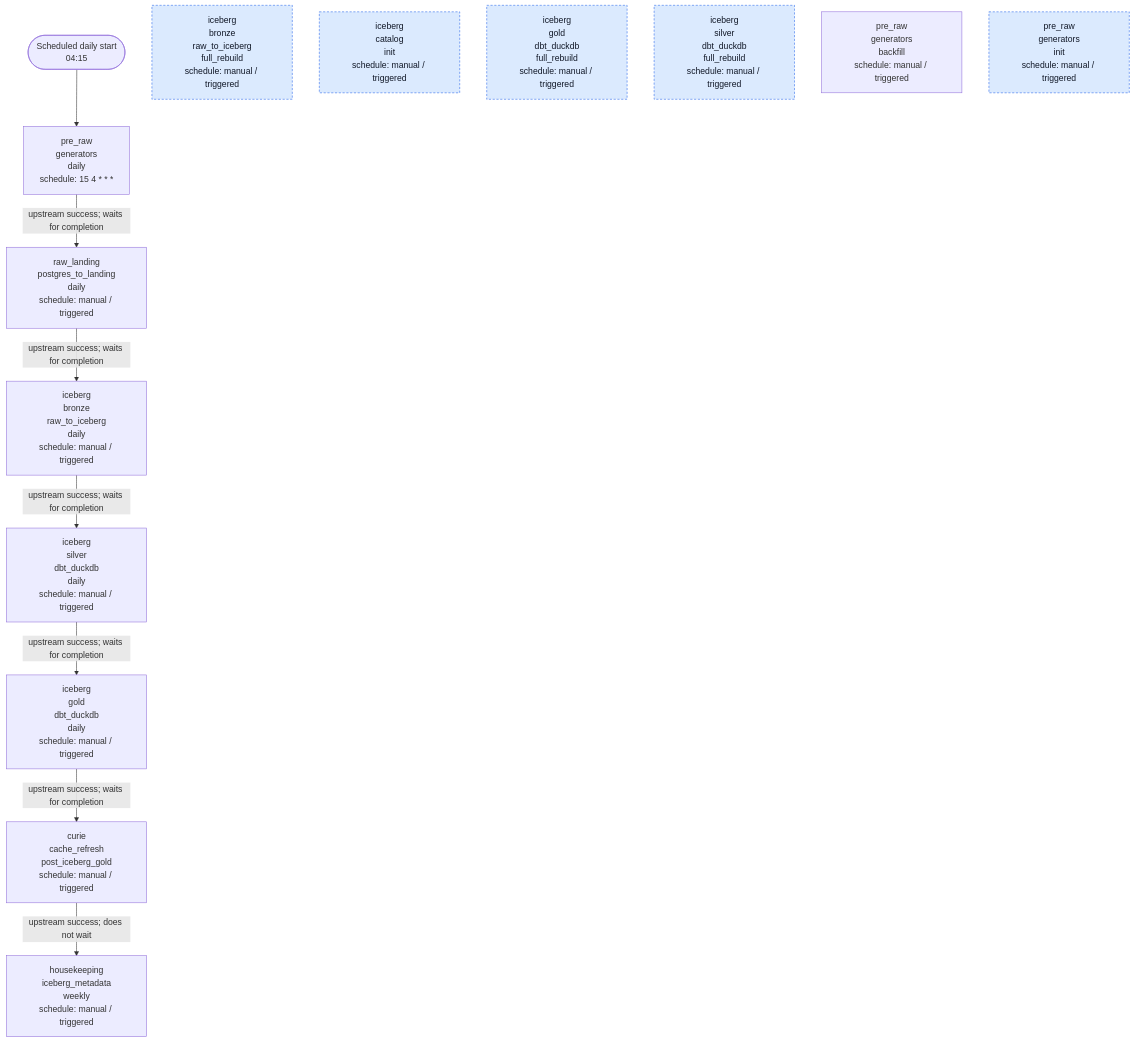
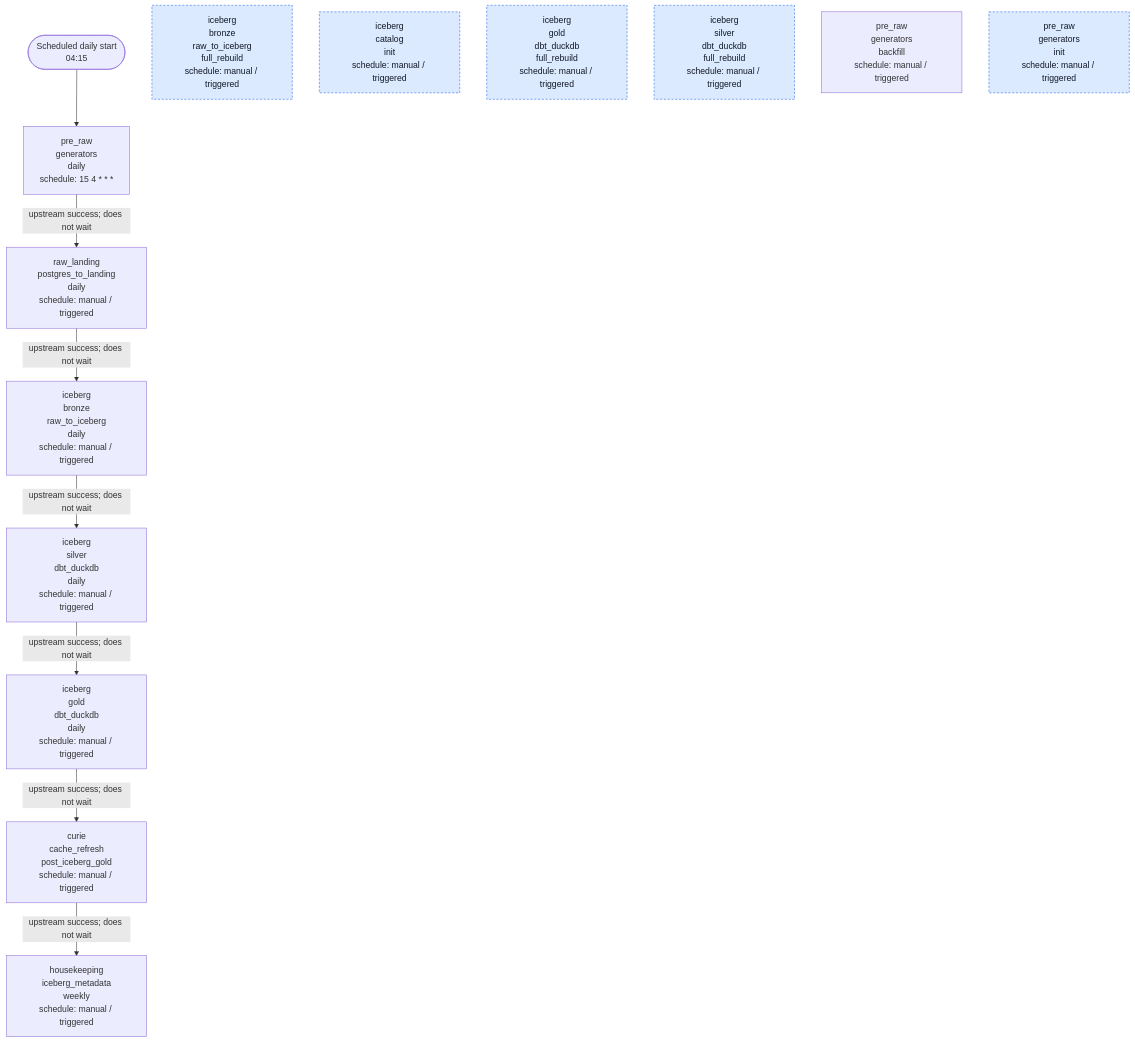
One commit to AntonMiniazev/ampere_project changed the diagram in docs/dataflow/diagrams/airflow_dags.mmd. Above: the diagram before and after it, drawn with Mermaid. The commit also changed 7 other files, not shown here.

```diff
--- a/docs/dataflow/diagrams/airflow_dags.mmd
+++ b/docs/dataflow/diagrams/airflow_dags.mmd
@@ -1,30 +1,30 @@
 flowchart TD
     START(["Scheduled daily start<br/>04:15"])
     D_AMPERE__CURIE__CACHE_REFRESH__POST_ICEBERG_GOLD["curie<br/>cache_refresh<br/>post_iceberg_gold<br/>schedule: manual / triggered"]
     D_AMPERE__HOUSEKEEPING__ICEBERG_METADATA__WEEKLY["housekeeping<br/>iceberg_metadata<br/>weekly<br/>schedule: manual / triggered"]
     D_AMPERE__ICEBERG__BRONZE__RAW_TO_ICEBERG__DAILY["iceberg<br/>bronze<br/>raw_to_iceberg<br/>daily<br/>schedule: manual / triggered"]
     D_AMPERE__ICEBERG__BRONZE__RAW_TO_ICEBERG__FULL_REBUILD["iceberg<br/>bronze<br/>raw_to_iceberg<br/>full_rebuild<br/>schedule: manual / triggered"]
     D_AMPERE__ICEBERG__CATALOG__INIT["iceberg<br/>catalog<br/>init<br/>schedule: manual / triggered"]
     D_AMPERE__ICEBERG__GOLD__DBT_DUCKDB__DAILY["iceberg<br/>gold<br/>dbt_duckdb<br/>daily<br/>schedule: manual / triggered"]
     D_AMPERE__ICEBERG__GOLD__DBT_DUCKDB__FULL_REBUILD["iceberg<br/>gold<br/>dbt_duckdb<br/>full_rebuild<br/>schedule: manual / triggered"]
     D_AMPERE__ICEBERG__SILVER__DBT_DUCKDB__DAILY["iceberg<br/>silver<br/>dbt_duckdb<br/>daily<br/>schedule: manual / triggered"]
     D_AMPERE__ICEBERG__SILVER__DBT_DUCKDB__FULL_REBUILD["iceberg<br/>silver<br/>dbt_duckdb<br/>full_rebuild<br/>schedule: manual / triggered"]
     D_AMPERE__PRE_RAW__GENERATORS__BACKFILL["pre_raw<br/>generators<br/>backfill<br/>schedule: manual / triggered"]
     D_AMPERE__PRE_RAW__GENERATORS__DAILY["pre_raw<br/>generators<br/>daily<br/>schedule: 15 4 * * *"]
     D_AMPERE__PRE_RAW__GENERATORS__INIT["pre_raw<br/>generators<br/>init<br/>schedule: manual / triggered"]
     D_AMPERE__RAW_LANDING__POSTGRES_TO_LANDING__DAILY["raw_landing<br/>postgres_to_landing<br/>daily<br/>schedule: manual / triggered"]
 
     START --> D_AMPERE__PRE_RAW__GENERATORS__DAILY
     D_AMPERE__CURIE__CACHE_REFRESH__POST_ICEBERG_GOLD -->|"upstream success; does not wait"| D_AMPERE__HOUSEKEEPING__ICEBERG_METADATA__WEEKLY
-    D_AMPERE__ICEBERG__BRONZE__RAW_TO_ICEBERG__DAILY -->|"upstream success; waits for completion"| D_AMPERE__ICEBERG__SILVER__DBT_DUCKDB__DAILY
-    D_AMPERE__ICEBERG__GOLD__DBT_DUCKDB__DAILY -->|"upstream success; waits for completion"| D_AMPERE__CURIE__CACHE_REFRESH__POST_ICEBERG_GOLD
-    D_AMPERE__ICEBERG__SILVER__DBT_DUCKDB__DAILY -->|"upstream success; waits for completion"| D_AMPERE__ICEBERG__GOLD__DBT_DUCKDB__DAILY
-    D_AMPERE__PRE_RAW__GENERATORS__DAILY -->|"upstream success; waits for completion"| D_AMPERE__RAW_LANDING__POSTGRES_TO_LANDING__DAILY
-    D_AMPERE__RAW_LANDING__POSTGRES_TO_LANDING__DAILY -->|"upstream success; waits for completion"| D_AMPERE__ICEBERG__BRONZE__RAW_TO_ICEBERG__DAILY
+    D_AMPERE__ICEBERG__BRONZE__RAW_TO_ICEBERG__DAILY -->|"upstream success; does not wait"| D_AMPERE__ICEBERG__SILVER__DBT_DUCKDB__DAILY
+    D_AMPERE__ICEBERG__GOLD__DBT_DUCKDB__DAILY -->|"upstream success; does not wait"| D_AMPERE__CURIE__CACHE_REFRESH__POST_ICEBERG_GOLD
+    D_AMPERE__ICEBERG__SILVER__DBT_DUCKDB__DAILY -->|"upstream success; does not wait"| D_AMPERE__ICEBERG__GOLD__DBT_DUCKDB__DAILY
+    D_AMPERE__PRE_RAW__GENERATORS__DAILY -->|"upstream success; does not wait"| D_AMPERE__RAW_LANDING__POSTGRES_TO_LANDING__DAILY
+    D_AMPERE__RAW_LANDING__POSTGRES_TO_LANDING__DAILY -->|"upstream success; does not wait"| D_AMPERE__ICEBERG__BRONZE__RAW_TO_ICEBERG__DAILY
 
     D_AMPERE__PRE_RAW__GENERATORS__INIT:::manual
     D_AMPERE__ICEBERG__CATALOG__INIT:::manual
     D_AMPERE__ICEBERG__BRONZE__RAW_TO_ICEBERG__FULL_REBUILD:::manual
     D_AMPERE__ICEBERG__SILVER__DBT_DUCKDB__FULL_REBUILD:::manual
     D_AMPERE__ICEBERG__GOLD__DBT_DUCKDB__FULL_REBUILD:::manual
     classDef manual fill:#dbeafe,stroke:#2563eb,color:#111827,stroke-dasharray: 4 3
```
